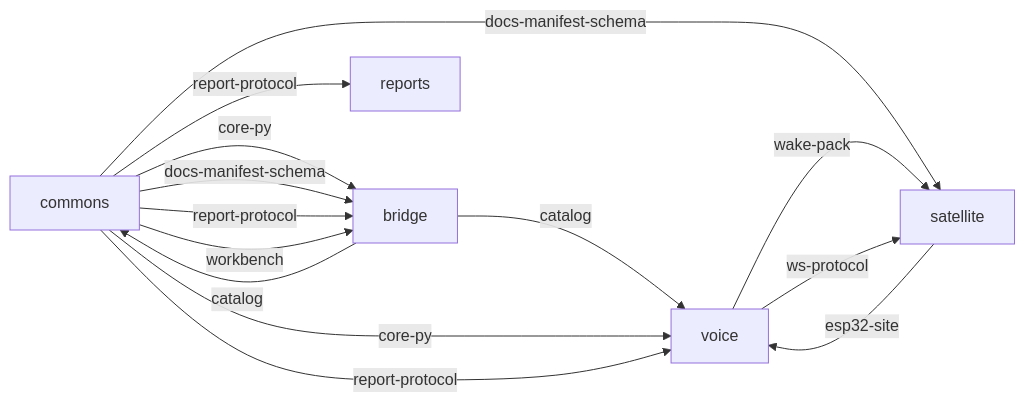
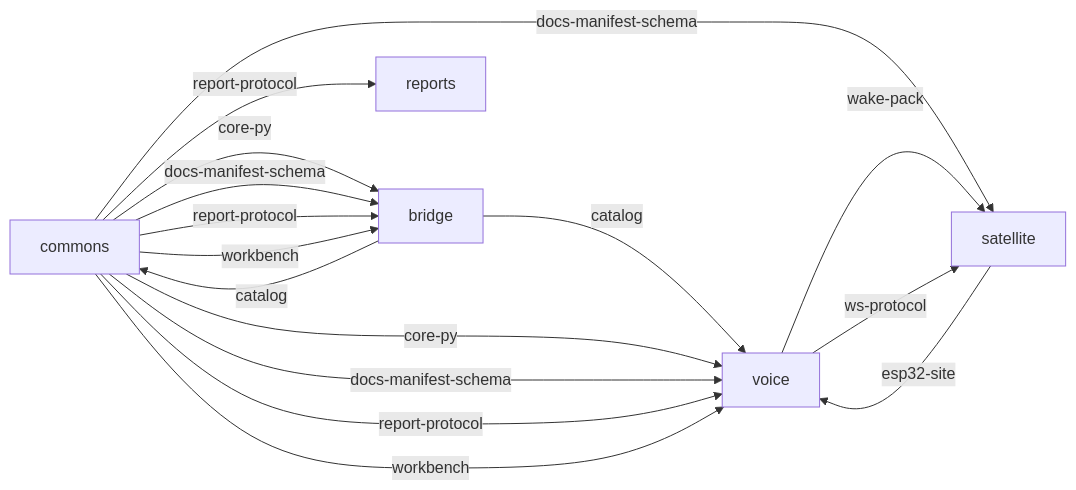
One commit to locveil/locveil-commons changed the diagram in process/contract-graph.md. Above: the diagram before and after it, drawn with Mermaid. The commit also changed other lines of this file and 2 other files, not shown here.

Commit message:
PROD-28: write-backs completed (bridge UI-22/OPS-40, satellite OPS-22..24, voice BUILD-53); catalog pin README lists the guide file; graph view regenerated

````diff
--- a/process/contract-graph.md
+++ b/process/contract-graph.md
@@ -11,21 +11,23 @@
 ```mermaid
 graph LR
   commons[commons]
   voice[voice]
   bridge[bridge]
   satellite[satellite]
   reports[reports]
   bridge -- catalog --> commons
   bridge -- catalog --> voice
   commons -- core-py --> bridge
   commons -- docs-manifest-schema --> bridge
   commons -- report-protocol --> bridge
   commons -- workbench --> bridge
   commons -- report-protocol --> reports
   commons -- docs-manifest-schema --> satellite
   commons -- core-py --> voice
+  commons -- docs-manifest-schema --> voice
   commons -- report-protocol --> voice
+  commons -- workbench --> voice
   satellite -- esp32-site --> voice
   voice -- wake-pack --> satellite
   voice -- ws-protocol --> satellite
 ```
````
